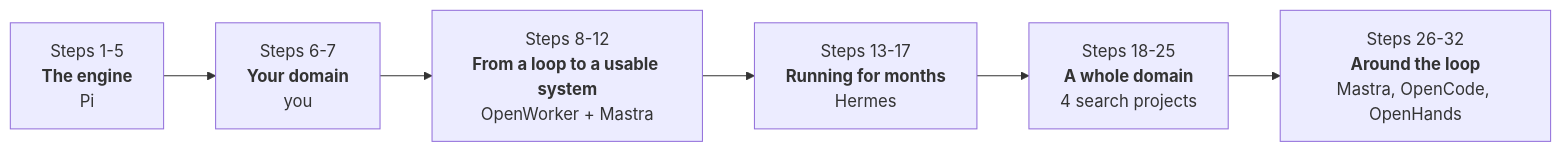
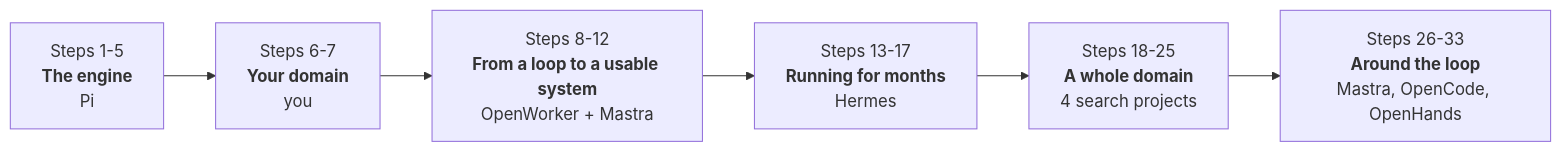
One commit to whereissam/learn-agent-engineering-from-production changed the second of 2 diagrams in README.md. Above: the diagram before and after it, drawn with Mermaid. The commit also changed other lines of this file and 11 other files, not shown here.

````diff
--- a/README.md
+++ b/README.md
@@ -70,8 +70,8 @@
 ```mermaid
 flowchart LR
     P1["Steps 1-5<br/><b>The engine</b><br/>Pi"] --> P2["Steps 6-7<br/><b>Your domain</b><br/>you"]
     P2 --> P3["Steps 8-12<br/><b>From a loop to a usable system</b><br/>OpenWorker + Mastra"]
     P3 --> P4["Steps 13-17<br/><b>Running for months</b><br/>Hermes"]
     P4 --> P5["Steps 18-25<br/><b>A whole domain</b><br/>4 search projects"]
-    P5 --> P6["Steps 26-32<br/><b>Around the loop</b><br/>Mastra, OpenCode, OpenHands"]
+    P5 --> P6["Steps 26-33<br/><b>Around the loop</b><br/>Mastra, OpenCode, OpenHands"]
 ```
````
